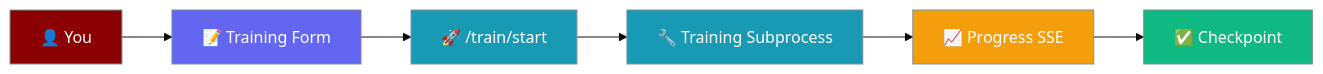
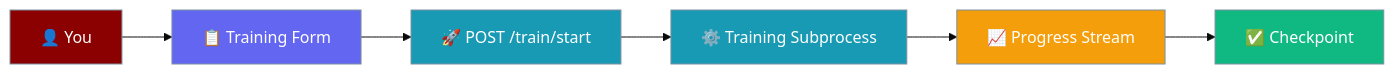
Before and after one commit to MervinPraison/PraisonAIDocs: the first of 2 diagrams in docs/features/desktop/fine-tune.mdx, drawn with Mermaid (base theme). The commit also changed other lines of this file and 7 other files, not shown here.

````diff
--- a/docs/features/desktop/fine-tune.mdx
+++ b/docs/features/desktop/fine-tune.mdx
@@ -22,20 +22,20 @@
 ```mermaid
 graph LR
-    You[👤 You] --> Form[📝 Training Form]
-    Form --> Start[🚀 /train/start]
-    Start --> Proc[🔧 Training Subprocess]
-    Proc --> SSE[📈 Progress SSE]
-    SSE --> Ckpt[✅ Checkpoint]
+    User[👤 You] --> Form[📋 Training Form]
+    Form --> Start[🚀 POST /train/start]
+    Start --> Proc[⚙️ Training Subprocess]
+    Proc --> Progress[📈 Progress Stream]
+    Progress --> Checkpoint[✅ Checkpoint]
 
-    classDef you fill:#8B0000,stroke:#7C90A0,color:#fff
+    classDef user fill:#8B0000,stroke:#7C90A0,color:#fff
     classDef form fill:#6366F1,stroke:#7C90A0,color:#fff
     classDef proc fill:#189AB4,stroke:#7C90A0,color:#fff
     classDef step fill:#F59E0B,stroke:#7C90A0,color:#fff
-    classDef done fill:#10B981,stroke:#7C90A0,color:#fff
+    classDef out fill:#10B981,stroke:#7C90A0,color:#fff
 
-    class You you
+    class User user
     class Form form
     class Start,Proc proc
-    class SSE step
-    class Ckpt done
+    class Progress step
+    class Checkpoint out
 ```
````
